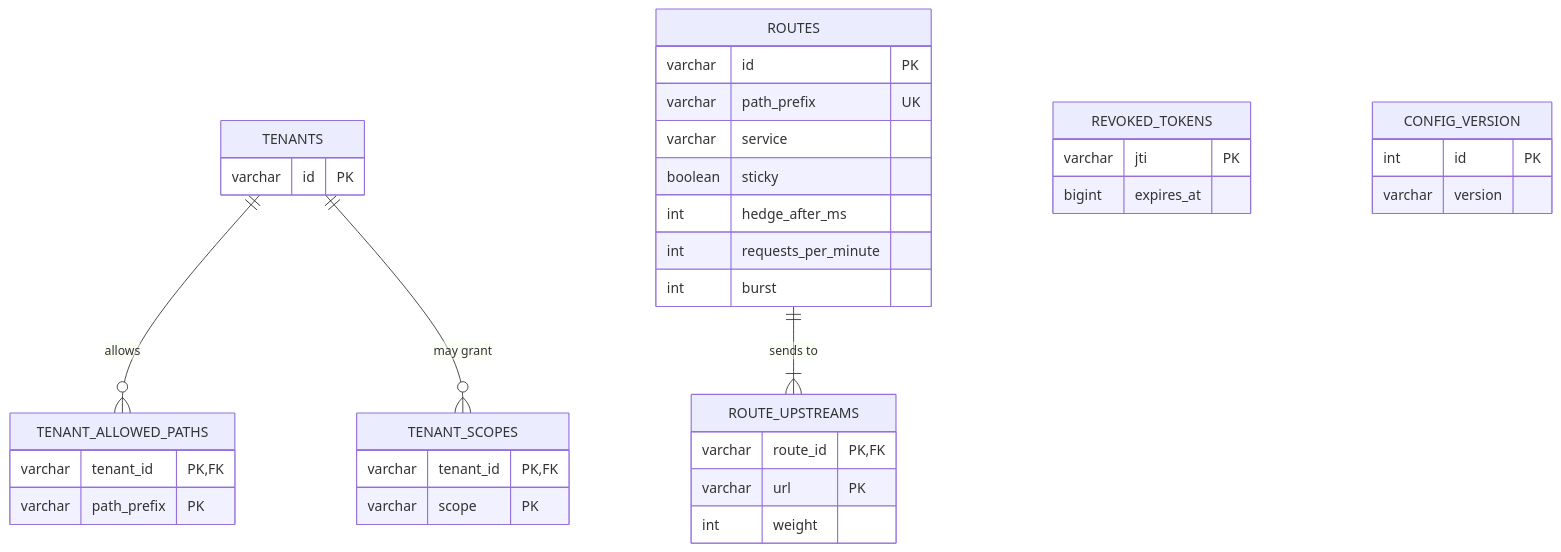
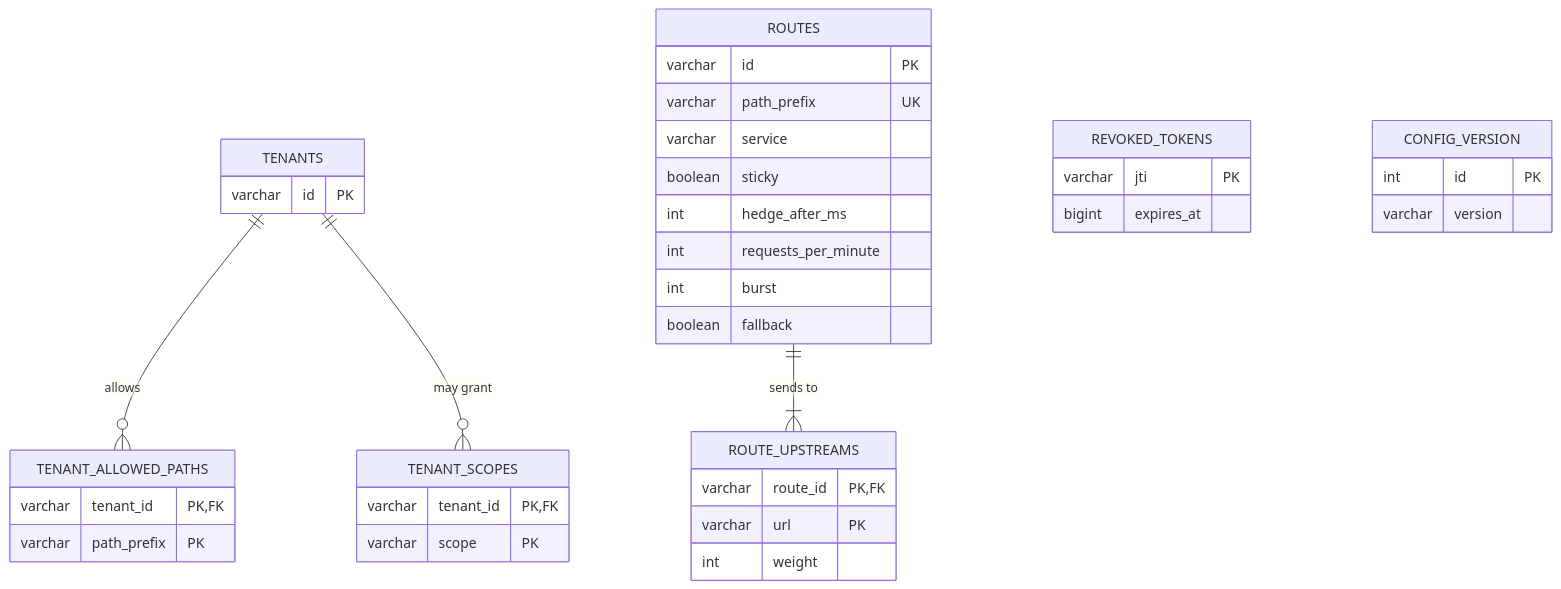
The third of 4 diagrams in docs/demo-overview.md (pxu/pfx-multi-tenant-gateway), drawn with Mermaid before and after one commit. The commit also changed other lines of this file and 5 other files, not shown here.

````diff
--- a/docs/demo-overview.md
+++ b/docs/demo-overview.md
@@ -110,39 +110,40 @@
 ```mermaid
 erDiagram
     TENANTS ||--o{ TENANT_ALLOWED_PATHS : allows
     TENANTS ||--o{ TENANT_SCOPES : "may grant"
     ROUTES ||--|{ ROUTE_UPSTREAMS : "sends to"
     TENANTS {
       varchar id PK
     }
     TENANT_ALLOWED_PATHS {
       varchar tenant_id PK,FK
       varchar path_prefix PK
     }
     TENANT_SCOPES {
       varchar tenant_id PK,FK
       varchar scope PK
     }
     ROUTES {
       varchar id PK
       varchar path_prefix UK
       varchar service
       boolean sticky
       int hedge_after_ms
       int requests_per_minute
       int burst
+      boolean fallback
     }
     ROUTE_UPSTREAMS {
       varchar route_id PK,FK
       varchar url PK
       int weight
     }
     REVOKED_TOKENS {
       varchar jti PK
       bigint expires_at
     }
     CONFIG_VERSION {
       int id PK
       varchar version
     }
 ```
````
